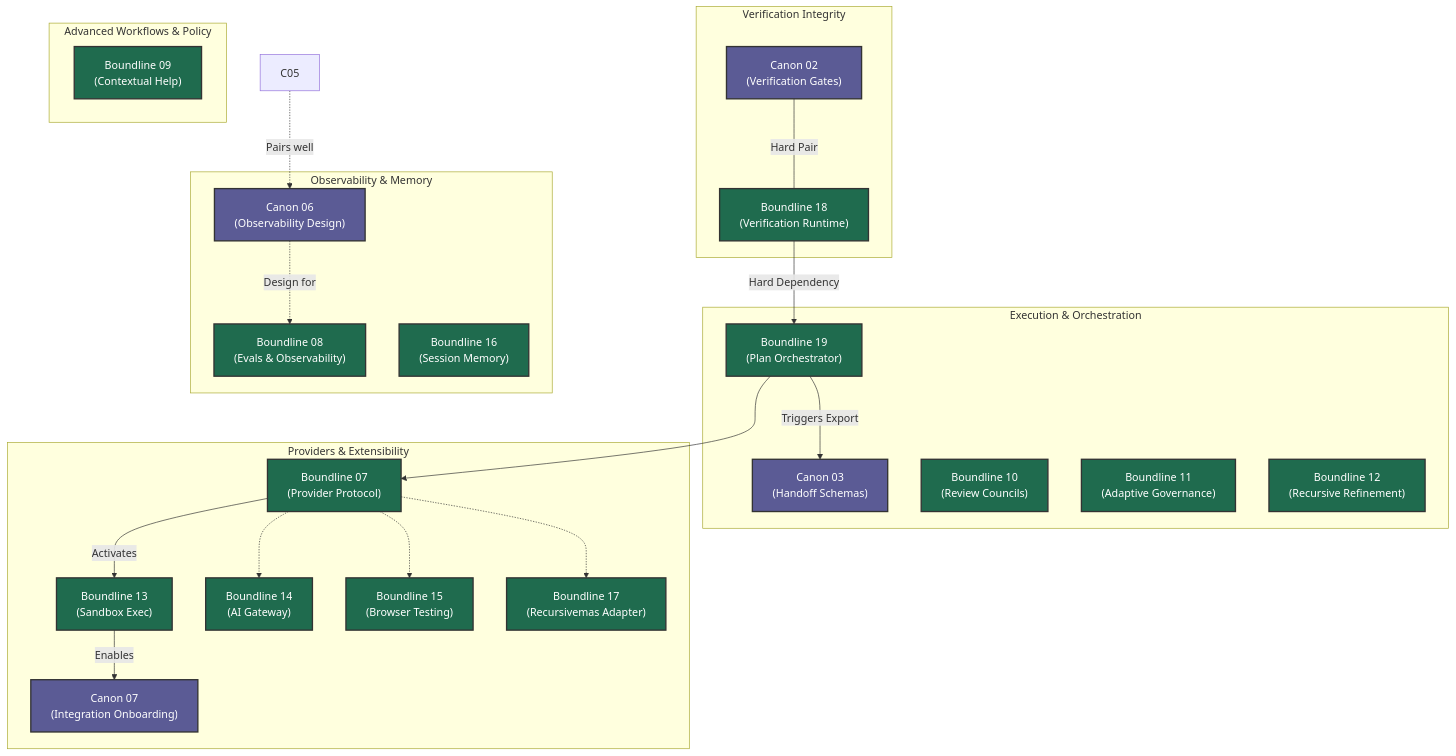
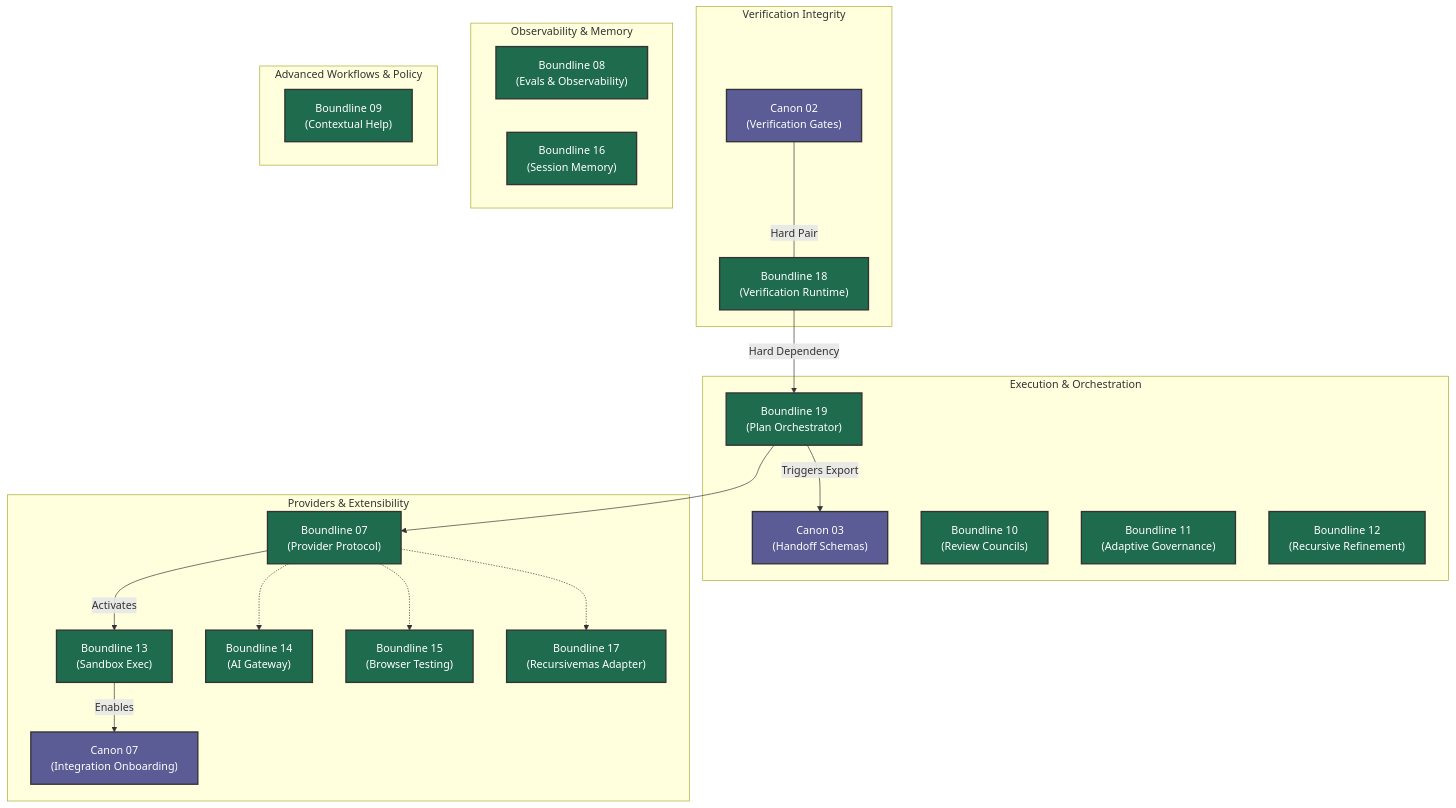
One commit to apply-the/boundline changed the diagram in roadmap/joint-roadmap-graph.md. Above: the diagram before and after it, drawn with Mermaid. The commit also changed other lines of this file and 49 other files, not shown here.

````diff
--- a/roadmap/joint-roadmap-graph.md
+++ b/roadmap/joint-roadmap-graph.md
@@ -7,53 +7,50 @@
 ```mermaid
 flowchart TD
     %% Styling
     classDef canon fill:#5b5b95,stroke:#333,stroke-width:2px,color:#fff
     classDef boundline fill:#1f6b4e,stroke:#333,stroke-width:2px,color:#fff
 
     subgraph Verification Integrity
         C02["Canon 02<br/>(Verification Gates)"]:::canon
         B18["Boundline 18<br/>(Verification Runtime)"]:::boundline
     end
 
     subgraph Execution & Orchestration
         B19["Boundline 19<br/>(Plan Orchestrator)"]:::boundline
         C03["Canon 03<br/>(Handoff Schemas)"]:::canon
         B10["Boundline 10<br/>(Review Councils)"]:::boundline
         B11["Boundline 11<br/>(Adaptive Governance)"]:::boundline
         B12["Boundline 12<br/>(Recursive Refinement)"]:::boundline
     end
 
     subgraph Providers & Extensibility
         B07["Boundline 07<br/>(Provider Protocol)"]:::boundline
         B13["Boundline 13<br/>(Sandbox Exec)"]:::boundline
         C07["Canon 07<br/>(Integration Onboarding)"]:::canon
         B14["Boundline 14<br/>(AI Gateway)"]:::boundline
         B15["Boundline 15<br/>(Browser Testing)"]:::boundline
         B17["Boundline 17<br/>(Recursivemas Adapter)"]:::boundline
     end
 
     subgraph Observability & Memory
-        C06["Canon 06<br/>(Observability Design)"]:::canon
         B08["Boundline 08<br/>(Evals & Observability)"]:::boundline
         B16["Boundline 16<br/>(Session Memory)"]:::boundline
     end
 
     subgraph Advanced Workflows & Policy
         B09["Boundline 09<br/>(Contextual Help)"]:::boundline
     end
 
     %% Key Dependencies
     C02 ---|Hard Pair| B18
     B18 -->|Hard Dependency| B19
     B19 -->|Triggers Export| C03
     B19 --> B07
     B07 -->|Activates| B13
     B13 -->|Enables| C07
     
     B07 -.-> B14
     B07 -.-> B15
     B07 -.-> B17
-    
-    C06 -.->|Design for| B08
-    C05 -.->|Pairs well| C06
+
 ```
````
